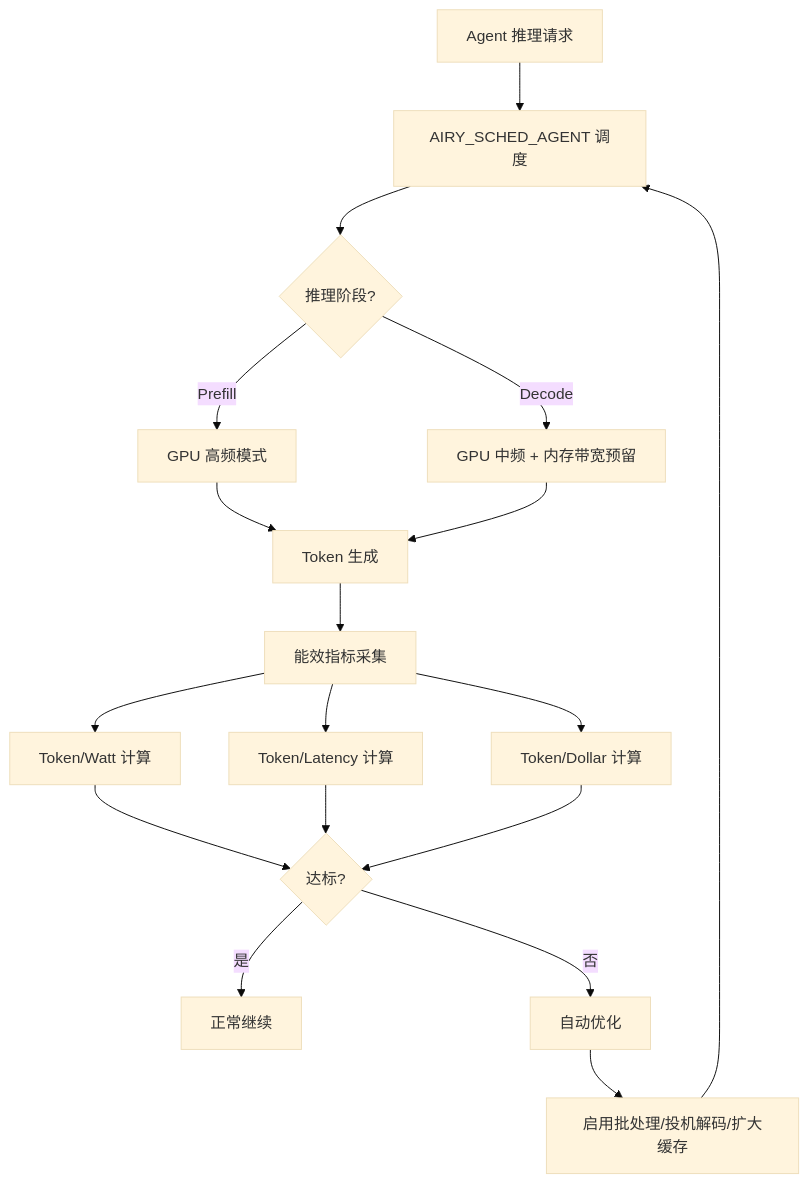
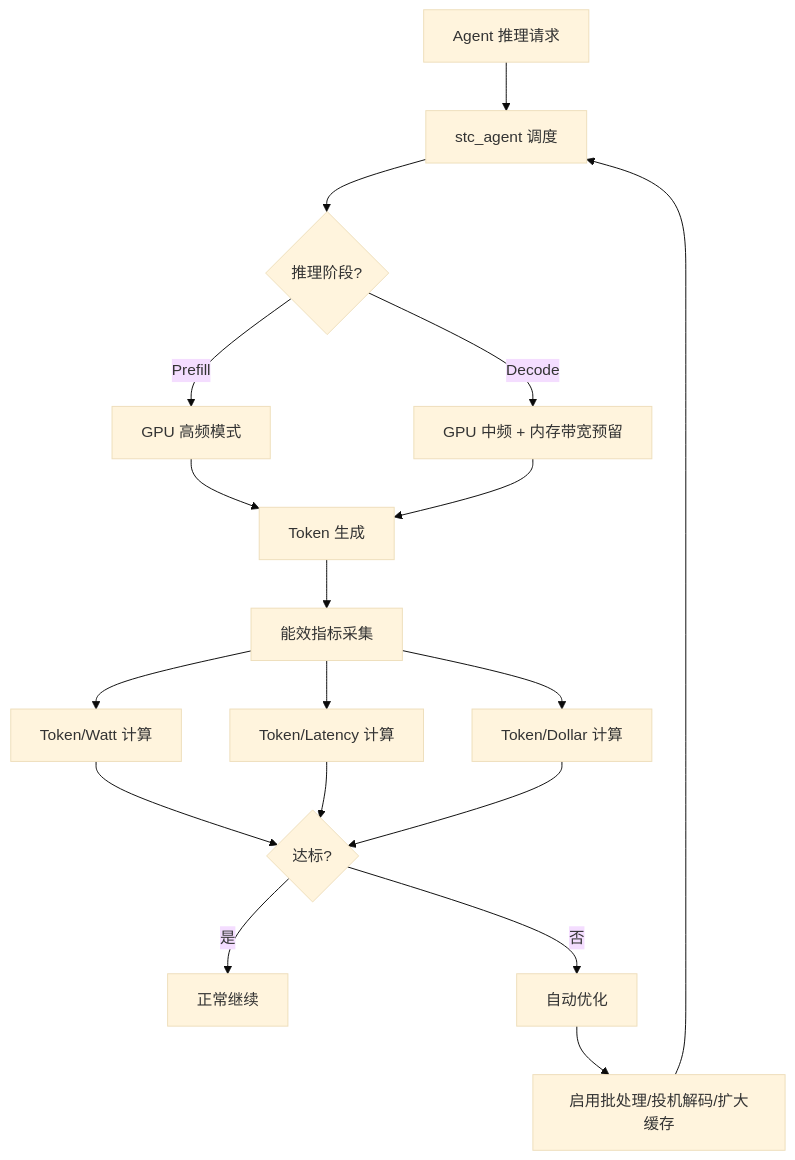
Before and after one commit to openairymax/docs-linux: the diagram in 170-performance/04-token-efficiency.md, drawn with Mermaid (base theme). The commit also changed other lines of this file and 181 other files, not shown here.

Commit message:
docs: 批量更新文档中的IRON-9版本与调度器命名 1. 将所有IRON-9 v2引用升级为IRON-9 v3，统一四层共享模型版本号 2. 将方案C-Prime、AIRY_SCHED_AGENT相关表述替换为sched_tac、stc_agent 3. 更新OpenStandards/README.md的许可证信息为CC-BY-4.0

````diff
--- a/170-performance/04-token-efficiency.md
+++ b/170-performance/04-token-efficiency.md
@@ -704,20 +704,20 @@
 ```mermaid
 graph TD
-    A[Agent 推理请求] --> B[AIRY_SCHED_AGENT 调度]
+    A[Agent 推理请求] --> B[stc_agent 调度]
     B --> C{推理阶段?}
     C -->|Prefill| D[GPU 高频模式]
     C -->|Decode| E[GPU 中频 + 内存带宽预留]
     D --> F[Token 生成]
     E --> F
     F --> G[能效指标采集]
     G --> H[Token/Watt 计算]
     G --> I[Token/Latency 计算]
     G --> J[Token/Dollar 计算]
     H --> K{达标?}
     I --> K
     J --> K
     K -->|是| L[正常继续]
     K -->|否| M[自动优化]
     M --> N[启用批处理/投机解码/扩大缓存]
     N --> B
 ```
````
